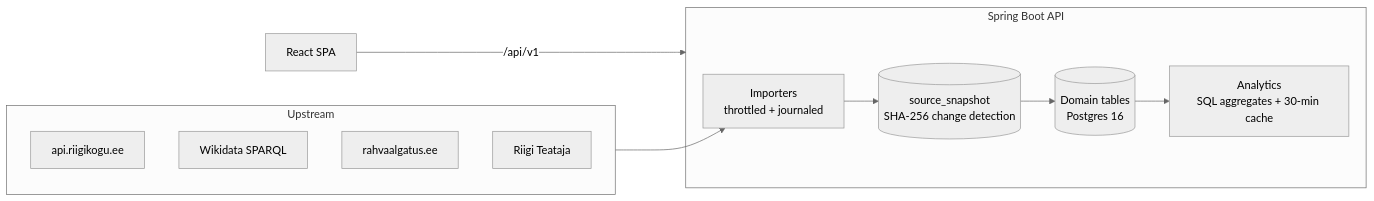
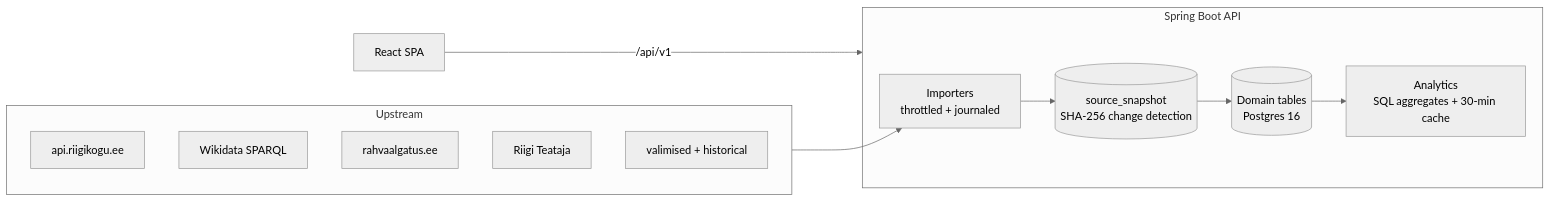
The diagram in README.md (DefinitelyN0tMe/riigiluup), drawn with Mermaid (neutral theme) before and after one commit. The commit also changed other lines of this file and 1 other file, not shown here.

````diff
--- a/README.md
+++ b/README.md
@@ -61,16 +65,17 @@
 ```mermaid
 flowchart LR
     subgraph Upstream
         RK[api.riigikogu.ee]
         WD[Wikidata SPARQL]
         RA[rahvaalgatus.ee]
         RT[Riigi Teataja]
+        EL[valimised + historical]
     end
     subgraph Backend["Spring Boot API"]
         IMP[Importers<br/>throttled + journaled] --> SNAP[(source_snapshot<br/>SHA-256 change detection)]
         SNAP --> DOM[(Domain tables<br/>Postgres 16)]
         DOM --> AN[Analytics<br/>SQL aggregates + 30-min cache]
     end
     WEB[React SPA] -->|/api/v1| Backend
     Upstream --> IMP
 ```
````
